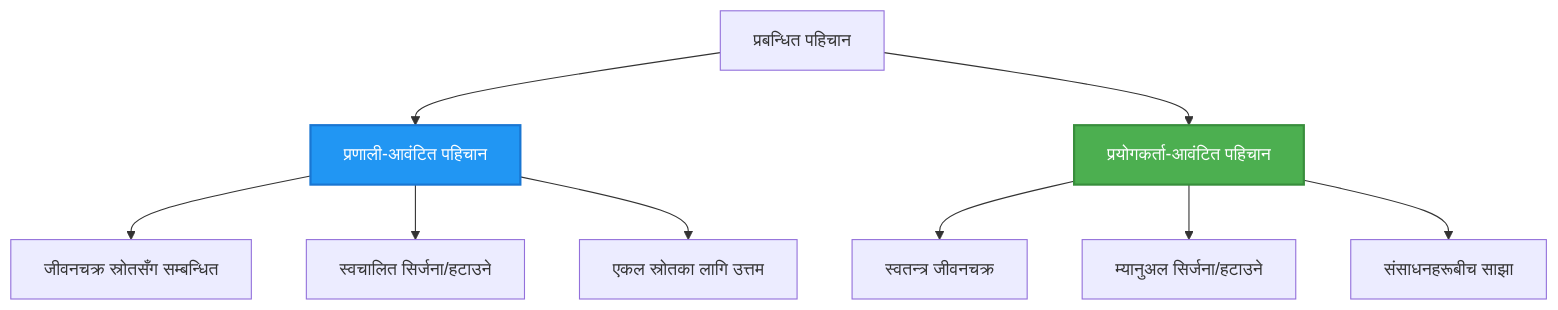
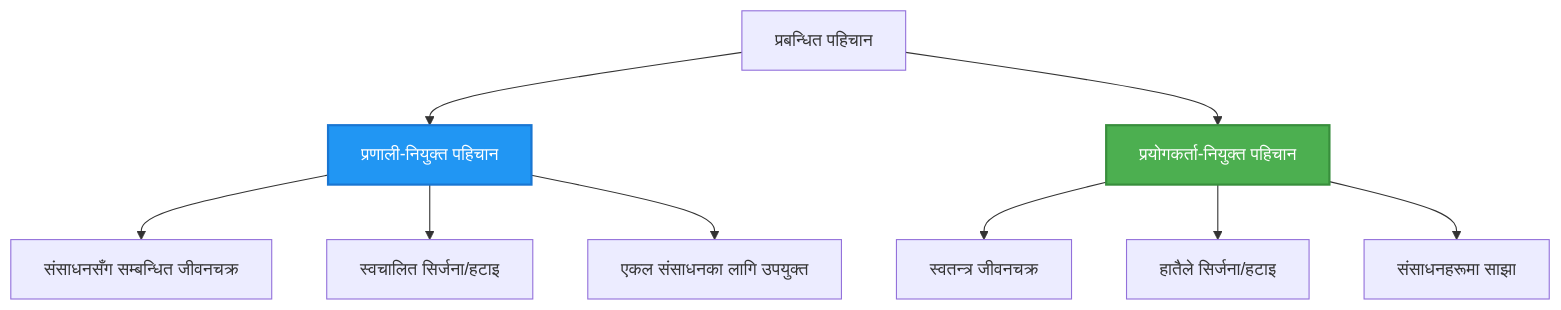
One commit to microsoft/AZD-for-beginners changed the second of 2 diagrams in translations/ne/docs/chapter-03-configuration/authsecurity.md. Above: the diagram before and after it, drawn with Mermaid. The commit also changed other lines of this file and 101 other files, not shown here.

````diff
--- a/translations/ne/docs/chapter-03-configuration/authsecurity.md
+++ b/translations/ne/docs/chapter-03-configuration/authsecurity.md
@@ -97,20 +97,20 @@
 ```mermaid
 graph TB
     MI[प्रबन्धित पहिचान]
-    SystemAssigned[प्रणाली-आवंटित पहिचान]
-    UserAssigned[प्रयोगकर्ता-आवंटित पहिचान]
+    SystemAssigned[प्रणाली-नियुक्त पहिचान]
+    UserAssigned[प्रयोगकर्ता-नियुक्त पहिचान]
     
     MI --> SystemAssigned
     MI --> UserAssigned
     
-    SystemAssigned --> SA1[जीवनचक्र स्रोतसँग सम्बन्धित]
-    SystemAssigned --> SA2[स्वचालित सिर्जना/हटाउने]
-    SystemAssigned --> SA3[एकल स्रोतका लागि उत्तम]
+    SystemAssigned --> SA1[संसाधनसँग सम्बन्धित जीवनचक्र]
+    SystemAssigned --> SA2[स्वचालित सिर्जना/हटाइ]
+    SystemAssigned --> SA3[एकल संसाधनका लागि उपयुक्त]
     
     UserAssigned --> UA1[स्वतन्त्र जीवनचक्र]
-    UserAssigned --> UA2[म्यानुअल सिर्जना/हटाउने]
-    UserAssigned --> UA3[संसाधनहरूबीच साझा]
+    UserAssigned --> UA2[हातैले सिर्जना/हटाइ]
+    UserAssigned --> UA3[संसाधनहरूमा साझा]
     
     style SystemAssigned fill:#2196F3,stroke:#1976D2,stroke-width:2px,color:#fff
     style UserAssigned fill:#4CAF50,stroke:#388E3C,stroke-width:2px,color:#fff
 ```
````
